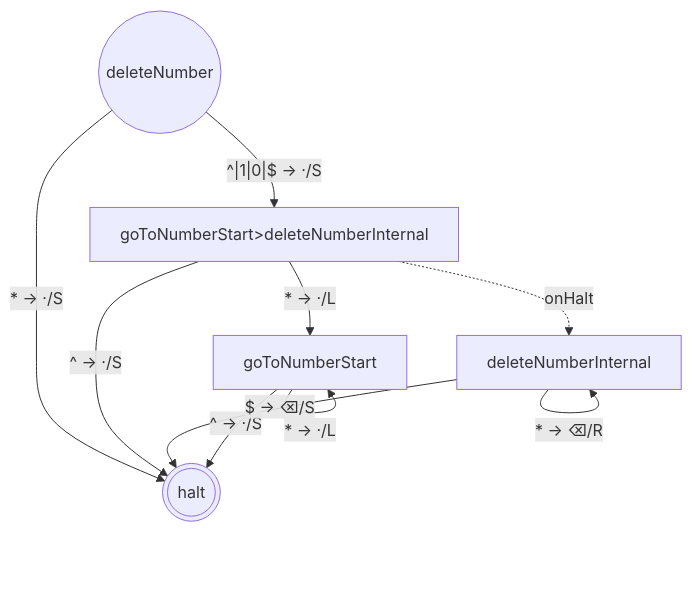
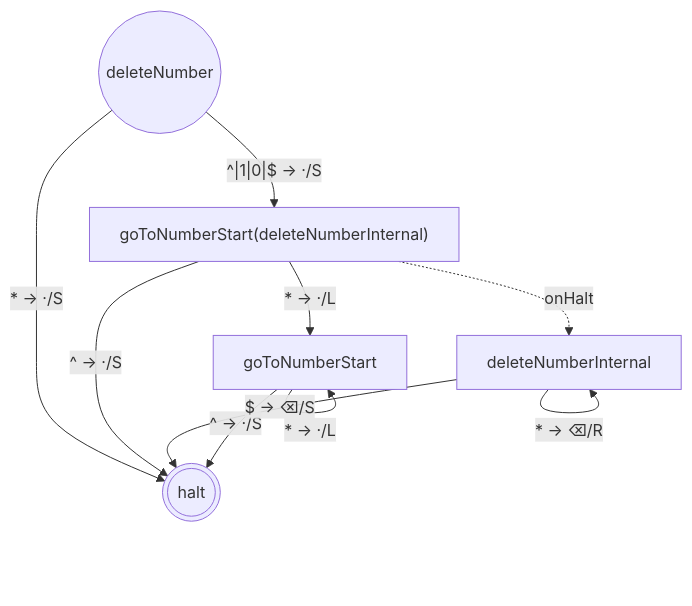
One commit to mellonis/turing-machine-js changed the fourth of 10 diagrams in packages/library-binary-numbers/states.md. Above: the diagram before and after it, drawn with Mermaid. The commit also changed other lines of this file and 6 other files, not shown here.

````diff
--- a/packages/library-binary-numbers/states.md
+++ b/packages/library-binary-numbers/states.md
@@ -50,18 +50,18 @@
 ```mermaid
 flowchart TD
 %% alphabets: [[" ","^","$","0","1"]]
   s0(((halt)))
   s5["goToNumberStart"]
   s6["deleteNumberInternal"]
-  s7["goToNumberStart>deleteNumberInternal"]
+  s7["goToNumberStart(deleteNumberInternal)"]
   s8(("deleteNumber"))
   s5 -- "^ → ·/S" --> s0
   s5 -- "* → ·/L" --> s5
   s6 -- "$ → ⌫/S" --> s0
   s6 -- "* → ⌫/R" --> s6
   s7 -- "^ → ·/S" --> s0
   s7 -- "* → ·/L" --> s5
   s7 -. onHalt .-> s6
   s8 -- "^|1|0|$ → ·/S" --> s7
   s8 -- "* → ·/S" --> s0
 ```
````
